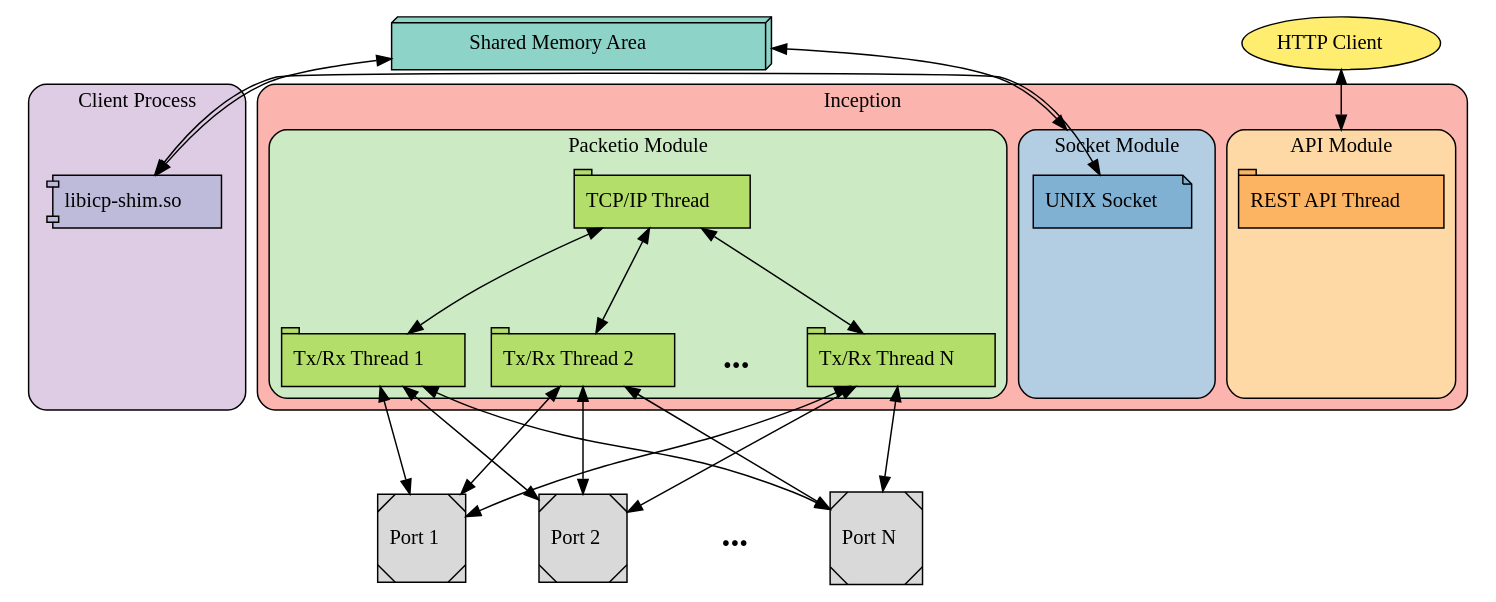
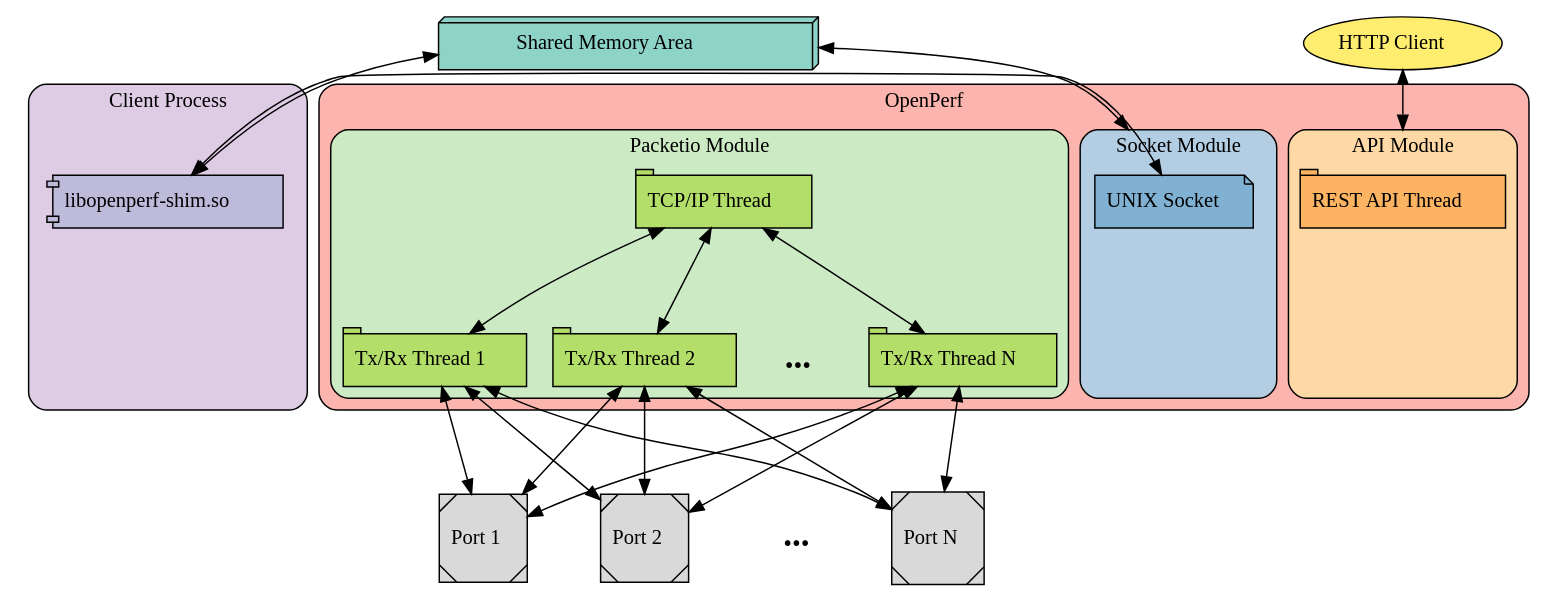
The diagram in doc/images/block_diagram.gv (Spirent/openperf), drawn with Graphviz before and after one commit. The commit also changed 17 other files, not shown here.

Commit message:
documentation: renaming to OpenPerf

```diff
--- a/doc/images/block_diagram.gv
+++ b/doc/images/block_diagram.gv
@@ -1,140 +1,140 @@
 digraph G {
         compound = true;  /* allow edges between clusters */
         newrank = true;
         //nodesep = 0.75;
         ranksep = 1;
 
         node [colorscheme="set312",
              style="filled"];
 
         shared_memory [shape=box3d,
                       fillcolor=1,
                       width=3.6,
                       label=<Shared Memory Area>];
 
         client [shape=ellipse,
                fillcolor=12,
                label=<HTTP Client>];
 
         subgraph cluster_app {
                  label = "Client Process"
                  style=rounded;
                  colorscheme="pastel15";
                  bgcolor=4;
 
                  subgraph cluster_lib {
                          style=invis;
-                         libicp [shape=component,
+                         libopenperf [shape=component,
                                 fillcolor=3,
-                                label=<libicp-shim.so>];
+                                label=<libopenperf-shim.so>];
                  };
 
                  subgraph cluster_apps {
                           style=invis;
                           app_1 [shape=tab, style=invis];
                  }
 
                  edge [style=invis];
-                 libicp -> app_1;
+                 libopenperf -> app_1;
         }
 
         subgraph cluster_inception {
-                 label = "Inception";
+                 label = "OpenPerf";
                  style=rounded;
                  colorscheme=pastel15;
                  bgcolor=1;
 
                  subgraph cluster_api {
                           label = "API Module";
                           bgcolor=5;
 
                           api [shape=tab,
                               fillcolor=6,
                               label=<REST API Thread>];
                           api_space [shape=tab,
                                     style=invis];
                           api -> api_space [style=invis];
                  }
 
                  subgraph cluster_packetio {
                           label = "Packetio Module";
                           bgcolor=3;
 
                           tcpip [shape=tab,
                                 fillcolor=7,
                                 label=<TCP/IP Thread>];
 
                           worker_1 [shape=tab,
                                    fillcolor=7,
                                    label=<Tx/Rx Thread 1>];
                           worker_2 [shape=tab,
                                    fillcolor=7,
                                    label=<Tx/Rx Thread 2>];
                           worker_dots [style=solid, shape=plaintext,
                                       label=<<font point-size="24"><b>...</b></font>>];
                           worker_n [shape=tab,
                                    fillcolor=7,
                                    label=<Tx/Rx Thread N>];
 
                           { rank = same; worker_1; worker_2; worker_dots; worker_n; }
 
                           worker_1 -> worker_2 [style=invis];
                           worker_2 -> worker_dots [style=invis];
                           worker_dots -> worker_n [style=invis];
 
                           tcpip -> worker_1 [dir=both];
                           tcpip -> worker_2 [dir=both];
                           tcpip -> worker_dots [dir=both,style=invis];
                           tcpip -> worker_n [dir=both];
                  }
 
                  subgraph cluster_sockets {
                           label = "Socket Module";
                           bgcolor=2;
 
                           socket [shape=note,
                                  fillcolor=5,
                                  label=<UNIX Socket>];
                           sockets_space [shape=tab, style=invis];
                           socket -> sockets_space [style=invis];
                  }
 
                  { rank = same; socket; tcpip; api; }
         }
 
         port_1 [shape=Msquare,
                fillcolor=9,
                label=<Port 1>];
         port_2 [shape=Msquare,
                fillcolor=9,
                label=<Port 2>];
         port_dots [style=solid,shape=plaintext,
                   label=<<font point-size="24"><b>...</b></font>>];
         port_n [shape=Msquare,
                fillcolor=9,
                label=<Port N>];
 
         { rank = same; port_1; port_2; port_dots; port_n; }
 
         port_1 -> port_2 [style=invis];
         port_2 -> port_dots [style=invis];
         port_dots -> port_n [style=invis];
 
 
-        shared_memory -> libicp [dir=both];
+        shared_memory -> libopenperf [dir=both];
         shared_memory -> socket [dir=both, lhead=cluster_sockets];
-        libicp -> socket [dir=both,
+        libopenperf -> socket [dir=both,
                          constraint=false]
 
         client -> api [dir=both, lhead=cluster_api];
 
         worker_1 -> port_1 [dir=both];
         worker_1 -> port_2 [dir=both, constraint=false];
         worker_1 -> port_n [dir=both, constraint=false];
         worker_2 -> port_1 [dir=both, constraint=false];
         worker_2 -> port_2 [dir=both];
         worker_2 -> port_n [dir=both, constraint=false];
         worker_n -> port_1 [dir=both, constraint=false];
         worker_n -> port_2 [dir=both, constraint=false];
         worker_n -> port_n [dir=both];
 }
```
